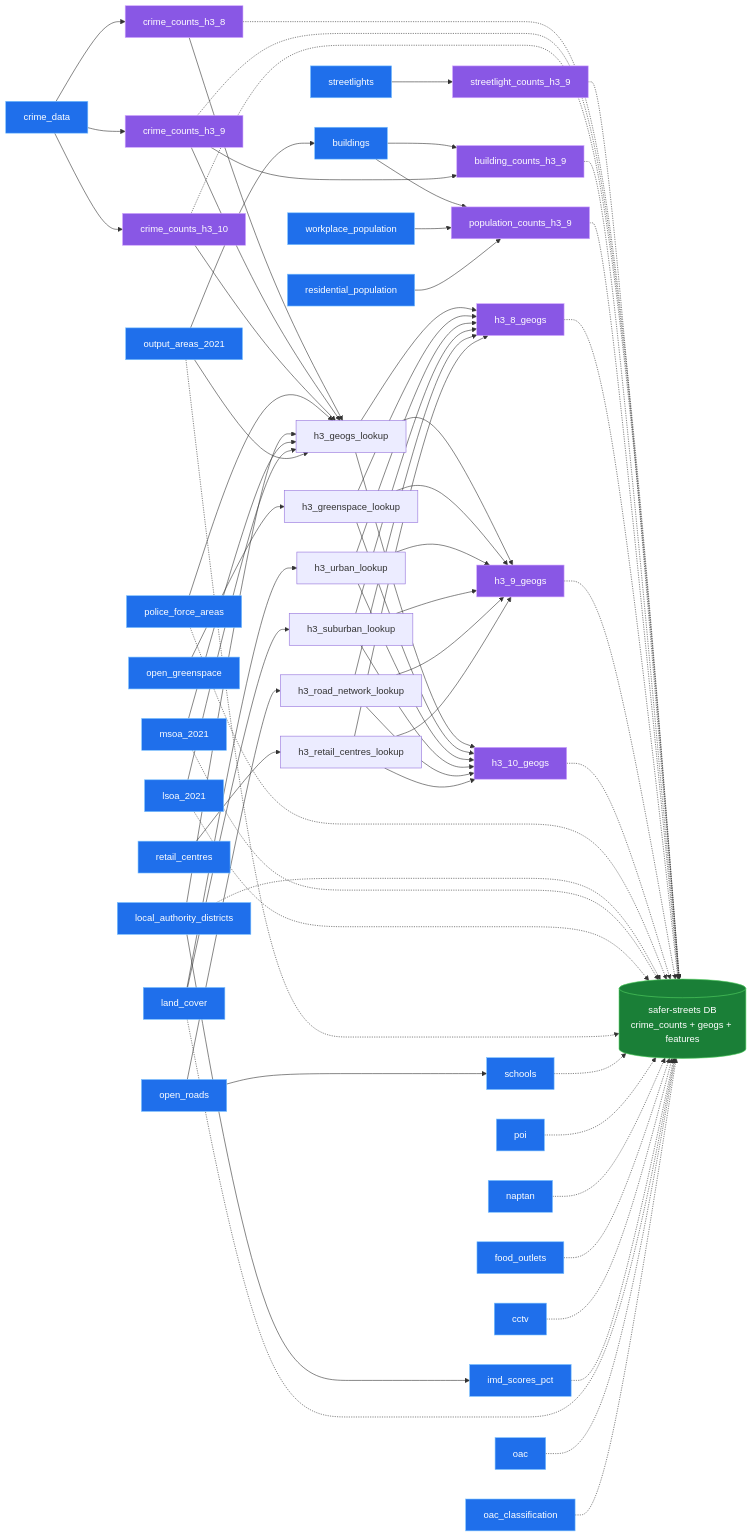
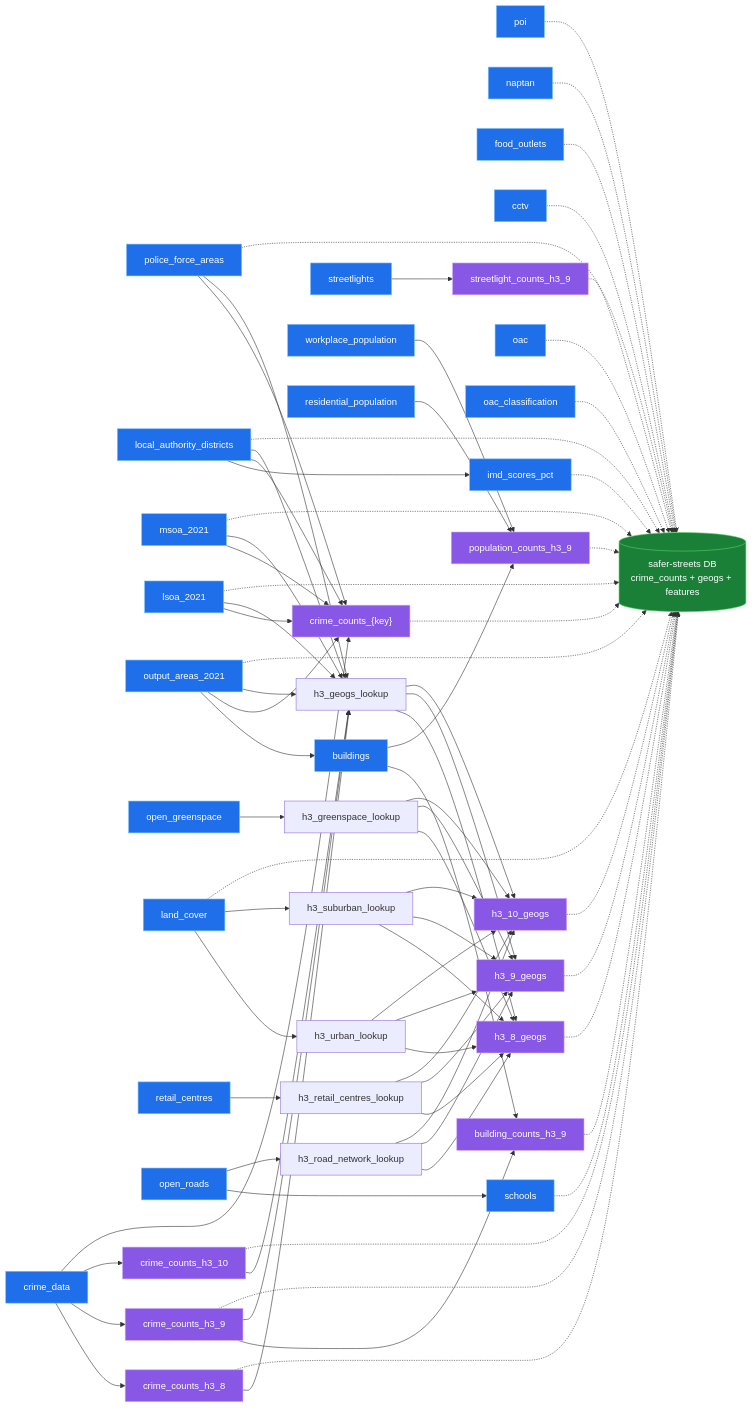
One commit to safer-streets/safer-streets-tooling changed the diagram in README.md. Above: the diagram before and after it, drawn with Mermaid. The commit also changed other lines of this file and 5 other files, not shown here.

First line of the commit message:
Add per-ONS-geography crime counts (crime_counts_{key})

````diff
--- a/README.md
+++ b/README.md
@@ -71,6 +74,7 @@
    crime_counts_h3_8
    crime_counts_h3_9
    crime_counts_h3_10
+   crime_counts_geog["crime_counts_{key}"]
    streetlight_counts_h3_9
    building_counts_h3_9
    population_counts_h3_9
@@ -96,6 +100,12 @@
     crime_data --> crime_counts_h3_8
     crime_data --> crime_counts_h3_9
     crime_data --> crime_counts_h3_10
+    crime_data --> crime_counts_geog
+    police_force_areas --> crime_counts_geog
+    local_authority_districts --> crime_counts_geog
+    msoa_2021 --> crime_counts_geog
+    lsoa_2021 --> crime_counts_geog
+    output_areas_2021 --> crime_counts_geog
     streetlights --> streetlight_counts_h3_9
     buildings --> building_counts_h3_9
     crime_counts_h3_9 --> building_counts_h3_9
@@ -138,6 +148,7 @@
     crime_counts_h3_8 -.-> database
     crime_counts_h3_9 -.-> database
     crime_counts_h3_10 -.-> database
+    crime_counts_geog -.-> database
     streetlight_counts_h3_9 -.-> database
     building_counts_h3_9 -.-> database
     population_counts_h3_9 -.-> database
@@ -164,6 +175,6 @@
     classDef transform fill:#8957e5,stroke:#d2a8ff,stroke-width:1px,color:#ffffff;
     classDef load fill:#1a7f37,stroke:#56d364,stroke-width:1px,color:#ffffff;
     class crime_data,police_force_areas,local_authority_districts,msoa_2021,lsoa_2021,output_areas_2021,open_greenspace,land_cover,buildings,retail_centres,open_roads,poi,naptan,food_outlets,streetlights,cctv,schools,imd_scores_pct,oac,oac_classification,workplace_population,residential_population extract;
-    class crime_counts_h3_8,crime_counts_h3_9,crime_counts_h3_10,streetlight_counts_h3_9,building_counts_h3_9,population_counts_h3_9,h3_8_geogs,h3_9_geogs,h3_10_geogs transform;
+    class crime_counts_h3_8,crime_counts_h3_9,crime_counts_h3_10,crime_counts_geog,streetlight_counts_h3_9,building_counts_h3_9,population_counts_h3_9,h3_8_geogs,h3_9_geogs,h3_10_geogs transform;
     class database load;
 ```
````
